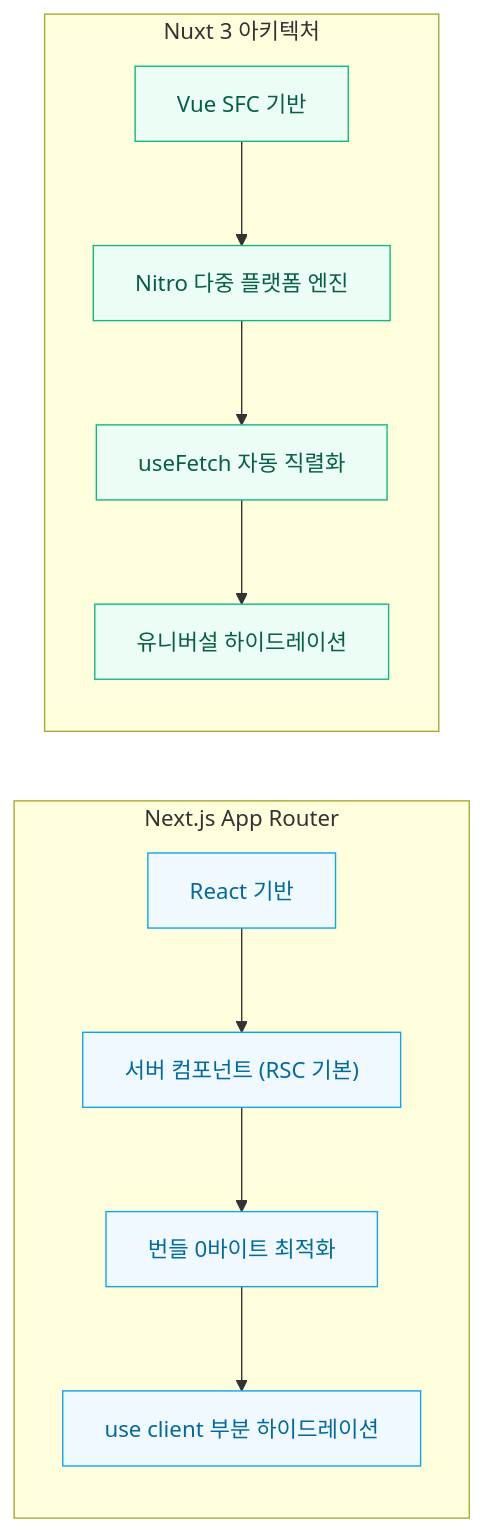
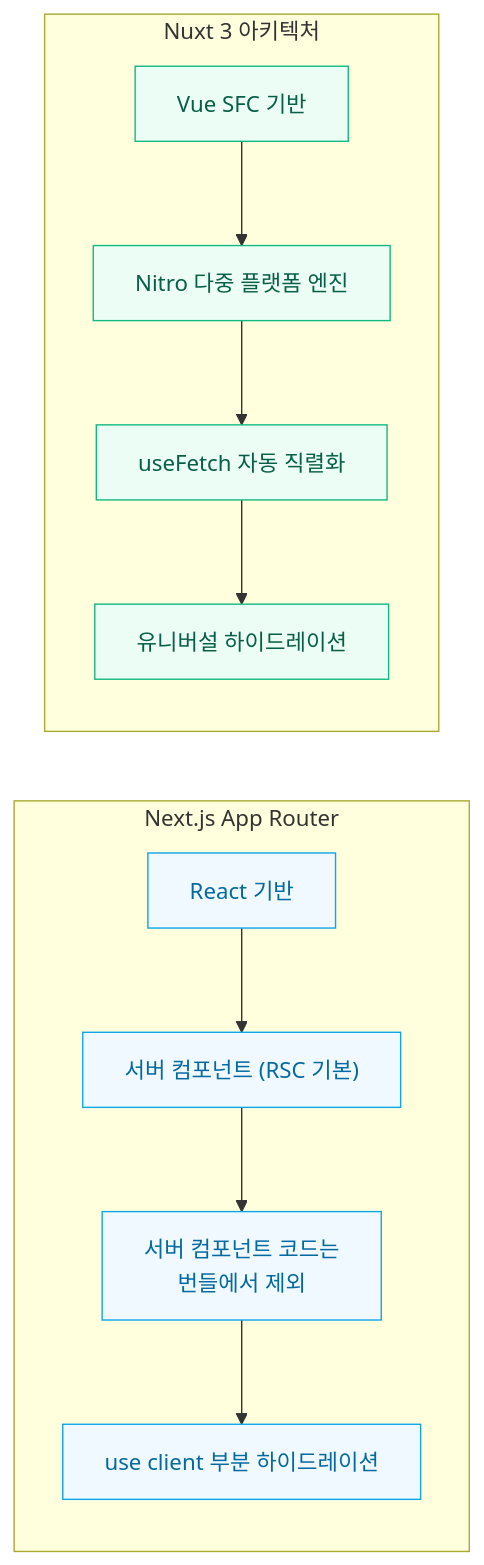
Before and after one commit to heo-mk/react-vue-trans-01-next-ver: the diagram in content/diagrams/rendering-modes-diagram-vertical.mmd, drawn with Mermaid. The commit also changed 15 other files, not shown here.

Commit message:
Modify 한국어 줄바꿈 전역 규칙 및 구조도 버튼·라벨 수정

```diff
--- a/content/diagrams/rendering-modes-diagram-vertical.mmd
+++ b/content/diagrams/rendering-modes-diagram-vertical.mmd
@@ -1,26 +1,26 @@
 flowchart TB
     subgraph NX["Nuxt 3 아키텍처"]
         direction TB
         N1["Vue SFC 기반"]
         N2["Nitro 다중 플랫폼 엔진"]
         N3["useFetch 자동 직렬화"]
         N4["유니버설 하이드레이션"]
         N1 --> N2
         N2 --> N3
         N3 --> N4
     end
     subgraph NJ["Next.js App Router"]
         direction TB
         J1["React 기반"]
         J2["서버 컴포넌트 (RSC 기본)"]
-        J3["번들 0바이트 최적화"]
+        J3["서버 컴포넌트 코드는<br/>번들에서 제외"]
         J4["use client 부분 하이드레이션"]
         J1 --> J2
         J2 --> J3
         J3 --> J4
     end
     NX ~~~ NJ
     classDef vueStyle fill:#ecfdf5,stroke:#10b981,color:#065f46;
     classDef reactStyle fill:#f0f9ff,stroke:#0ea5e9,color:#0369a1;
     class N1,N2,N3,N4 vueStyle;
     class J1,J2,J3,J4 reactStyle;
```
